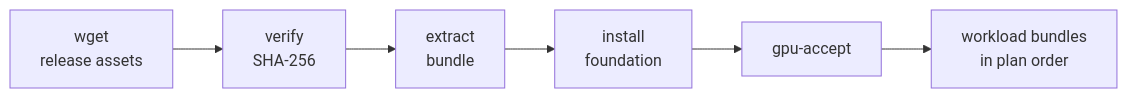
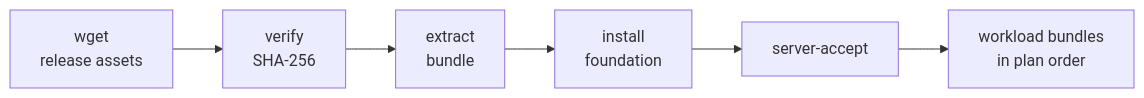
Before and after one commit to evya1/server-bootstrap: the diagram in README.md, drawn with Mermaid. The commit also changed other lines of this file and 40 other files, not shown here.

First line of the commit message:
server-bootstrap 2.0.0: drop the GPU framing, expand the toolkit

````diff
--- a/README.md
+++ b/README.md
@@ -70,8 +72,8 @@
 ```mermaid
 flowchart LR
   A["wget<br/>release assets"] --> B["verify<br/>SHA-256"]
   B --> C["extract<br/>bundle"]
   C --> D["install<br/>foundation"]
-  D --> E["gpu-accept"]
+  D --> E["server-accept"]
   E --> F["workload bundles<br/>in plan order"]
 ```
````
